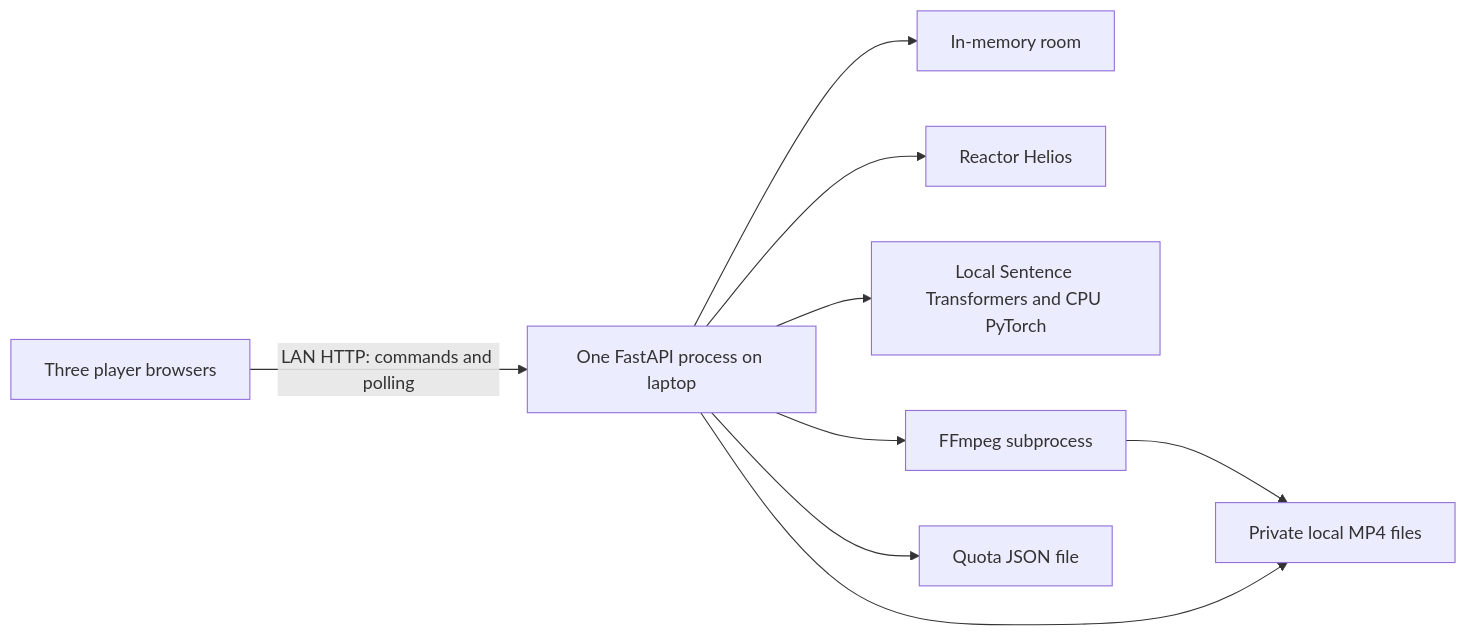
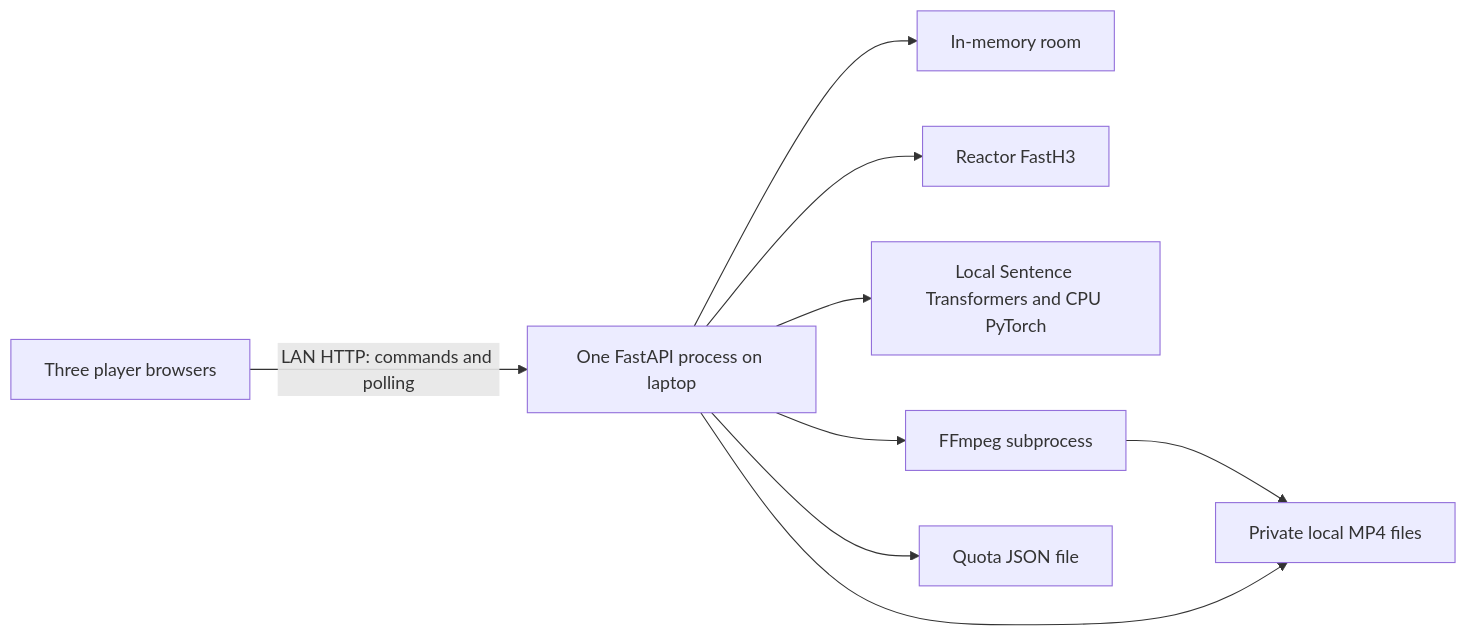
One commit to CoralLeiCN/VIbeParty changed the diagram in docs/games/reverse-prompt/tech-stack.md. Above: the diagram before and after it, drawn with Mermaid. The commit also changed other lines of this file and 28 other files, not shown here.

````diff
--- a/docs/games/reverse-prompt/tech-stack.md
+++ b/docs/games/reverse-prompt/tech-stack.md
@@ -34,11 +34,11 @@
 ```mermaid
 flowchart LR
     Phones[Three player browsers] -->|LAN HTTP: commands and polling| App[One FastAPI process on laptop]
     App --> State[In-memory room]
-    App --> Reactor[Reactor Helios]
+    App --> Reactor[Reactor FastH3]
     App --> Scorer[Local Sentence Transformers and CPU PyTorch]
     App --> FFmpeg[FFmpeg subprocess]
     FFmpeg --> Files[Private local MP4 files]
     App --> Files
     App --> Guard[Quota JSON file]
 ```
````
